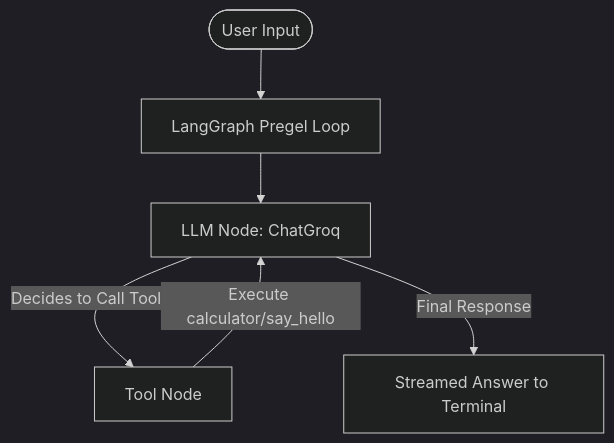
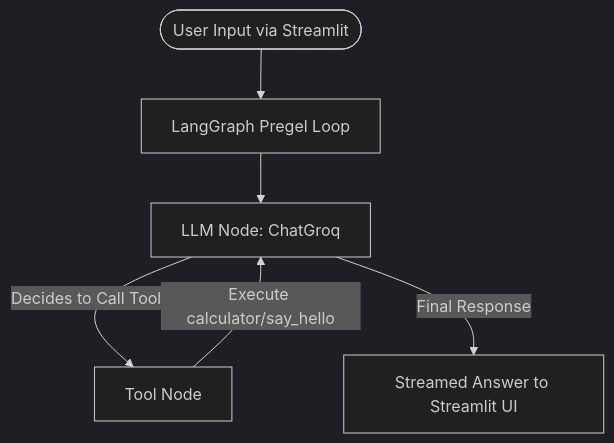
One commit to sirishahk008/grok-ai-assistant changed the diagram in README.md. Above: the diagram before and after it, drawn with Mermaid (dark theme). The commit also changed other lines of this file, not shown here.

Commit message:
Update README.md with Streamlit UI details

````diff
--- a/README.md
+++ b/README.md
@@ -11,8 +26,8 @@
 ```mermaid
 graph TD
-    User([User Input]) --> Loop[LangGraph Pregel Loop]
+    User([User Input via Streamlit]) --> Loop[LangGraph Pregel Loop]
     Loop --> Model[LLM Node: ChatGroq]
     Model -->|Decides to Call Tool| Tools[Tool Node]
     Tools -->|Execute calculator/say_hello| Model
-    Model -->|Final Response| Output[Streamed Answer to Terminal]
+    Model -->|Final Response| Output[Streamed Answer to Streamlit UI]
 ```
````
